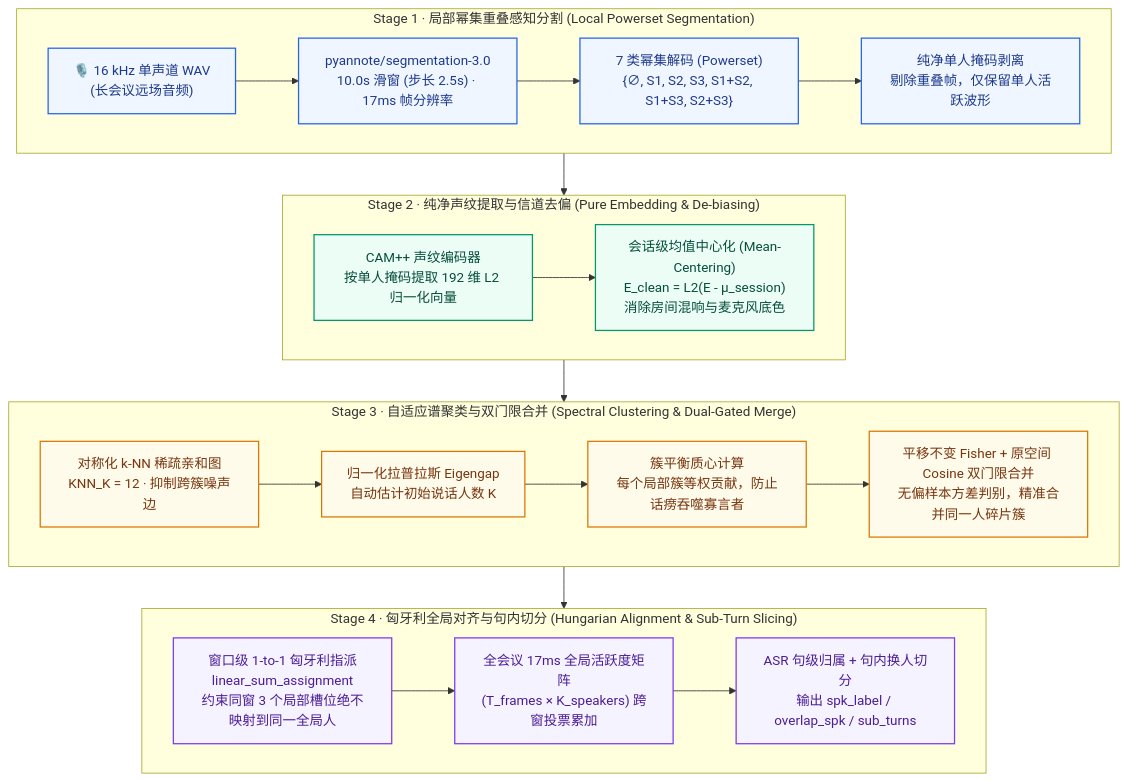
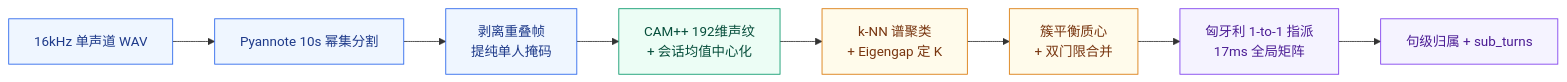
The diagram in diarization_cl-main/README.md (zhangshuai05/my_study_meeting_asr), drawn with Mermaid before and after one commit. The commit also changed other lines of this file and 2 other files, not shown here.

Commit message:
docs: make README flowcharts compact and single-screen friendly

````diff
--- a/diarization_cl-main/README.md
+++ b/diarization_cl-main/README.md
@@ -33,49 +21,19 @@
 ```mermaid
-flowchart TB
-    subgraph S1["Stage 1 · 局部幂集重叠感知分割 (Local Powerset Segmentation)"]
-        direction LR
-        WAV["🎙️ 16 kHz 单声道 WAV<br/>(长会议远场音频)"]
-        PYA["pyannote/segmentation-3.0<br/>10.0s 滑窗 (步长 2.5s) · 17ms 帧分辨率"]
-        POW["7 类幂集解码 (Powerset)<br/>{∅, S1, S2, S3, S1+S2, S1+S3, S2+S3}"]
-        MASK["纯净单人掩码剥离<br/>剔除重叠帧，仅保留单人活跃波形"]
-        WAV --> PYA --> POW --> MASK
-    end
+flowchart LR
+    A["16kHz 单声道 WAV"] --> B["Pyannote 10s 幂集分割"]
+    B --> C["剥离重叠帧<br/>提纯单人掩码"]
+    C --> D["CAM++ 192维声纹<br/>+ 会话均值中心化"]
+    D --> E["k-NN 谱聚类<br/>+ Eigengap 定 K"]
+    E --> F["簇平衡质心<br/>+ 双门限合并"]
+    F --> G["匈牙利 1-to-1 指派<br/>17ms 全局矩阵"]
+    G --> H["句级归属 + sub_turns"]
 
-    subgraph S2["Stage 2 · 纯净声纹提取与信道去偏 (Pure Embedding & De-biasing)"]
-        direction LR
-        CAMP["CAM++ 声纹编码器<br/>按单人掩码提取 192 维 L2 归一化向量"]
-        CENT["会话级均值中心化 (Mean-Centering)<br/>E_clean = L2(E - μ_session)<br/>消除房间混响与麦克风底色"]
-        CAMP --> CENT
-    end
-
-    subgraph S3["Stage 3 · 自适应谱聚类与双门限合并 (Spectral Clustering & Dual-Gated Merge)"]
-        direction LR
-        KNN["对称化 k-NN 稀疏亲和图<br/>KNN_K = 12 · 抑制跨簇噪声边"]
-        EIG["归一化拉普拉斯 Eigengap<br/>自动估计初始说话人数 K"]
-        BAL["簇平衡质心计算<br/>每个局部簇等权贡献，防止话痨吞噬寡言者"]
-        MERGE["平移不变 Fisher + 原空间 Cosine 双门限合并<br/>无偏样本方差判别，精准合并同一人碎片簇"]
-        KNN --> EIG --> BAL --> MERGE
-    end
-
-    subgraph S4["Stage 4 · 匈牙利全局对齐与句内切分 (Hungarian Alignment & Sub-Turn Slicing)"]
-        direction LR
-        HUNG["窗口级 1-to-1 匈牙利指派<br/>linear_sum_assignment<br/>约束同窗 3 个局部槽位绝不映射到同一全局人"]
-        MAT["全会议 17ms 全局活跃度矩阵<br/>(T_frames × K_speakers) 跨窗投票累加"]
-        ASSIGN["ASR 句级归属 + 句内换人切分<br/>输出 spk_label / overlap_spk / sub_turns"]
-        HUNG --> MAT --> ASSIGN
-    end
-
-    MASK --> CAMP
-    CENT --> KNN
-    MERGE --> HUNG
-
-    classDef clsS1 fill:#EFF6FF,stroke:#2563EB,stroke-width:1.5px,color:#1E3A8A
-    classDef clsS2 fill:#ECFDF5,stroke:#059669,stroke-width:1.5px,color:#064E3B
-    classDef clsS3 fill:#FFFBEB,stroke:#D97706,stroke-width:1.5px,color:#78350F
-    classDef clsS4 fill:#F5F3FF,stroke:#7C3AED,stroke-width:1.5px,color:#4C1D95
-
-    class WAV,PYA,POW,MASK clsS1
-    class CAMP,CENT clsS2
-    class KNN,EIG,BAL,MERGE clsS3
-    class HUNG,MAT,ASSIGN clsS4
+    classDef seg fill:#EFF6FF,stroke:#2563EB,color:#1E3A8A
+    classDef emb fill:#ECFDF5,stroke:#059669,color:#064E3B
+    classDef clu fill:#FFFBEB,stroke:#D97706,color:#78350F
+    classDef out fill:#F5F3FF,stroke:#7C3AED,color:#4C1D95
+    class A,B,C seg
+    class D emb
+    class E,F clu
+    class G,H out
 ```
````
